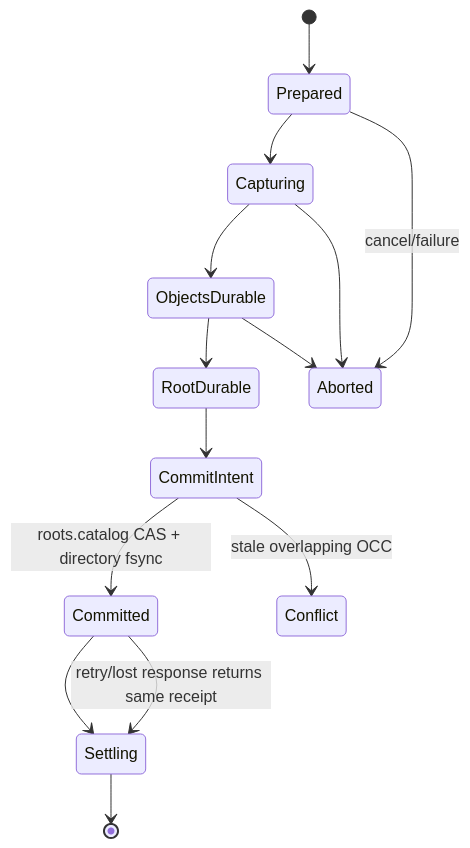
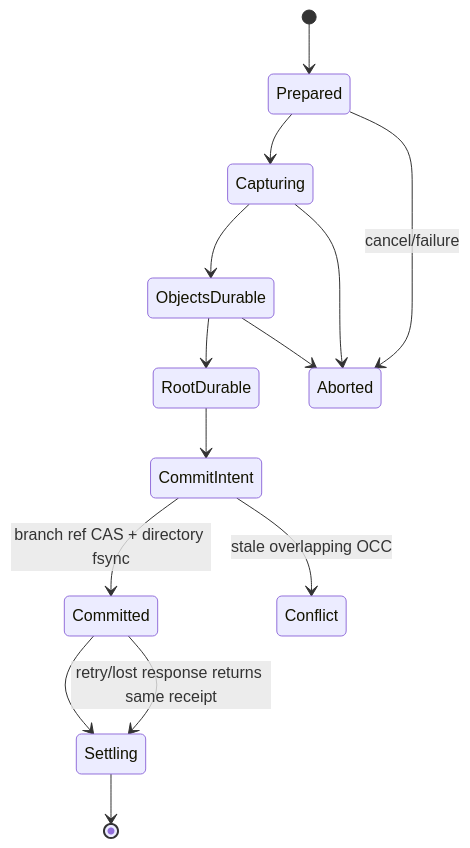
The third of 3 diagrams in implementation-plan/2.0 migration/phase 1/implementation/stage_07_durable_publication/spec.md (Ephemeral-AI-Lab/ephemeral-sandbox-docs), drawn with Mermaid before and after one commit. The commit also changed other lines of this file and 35 other files, not shown here.

````diff
--- a/implementation-plan/2.0 migration/phase 1/implementation/stage_07_durable_publication/spec.md
+++ b/implementation-plan/2.0 migration/phase 1/implementation/stage_07_durable_publication/spec.md
@@ -357,16 +434,16 @@
 ```mermaid
 stateDiagram-v2
   [*] --> Prepared
   Prepared --> Capturing
   Capturing --> ObjectsDurable
   ObjectsDurable --> RootDurable
   RootDurable --> CommitIntent
-  CommitIntent --> Committed: roots.catalog CAS + directory fsync
+  CommitIntent --> Committed: branch ref CAS + directory fsync
   Committed --> Settling
   Settling --> [*]
   Prepared --> Aborted: cancel/failure
   Capturing --> Aborted
   ObjectsDurable --> Aborted
   CommitIntent --> Conflict: stale overlapping OCC
   Committed --> Settling: retry/lost response returns same receipt
 ```
````
